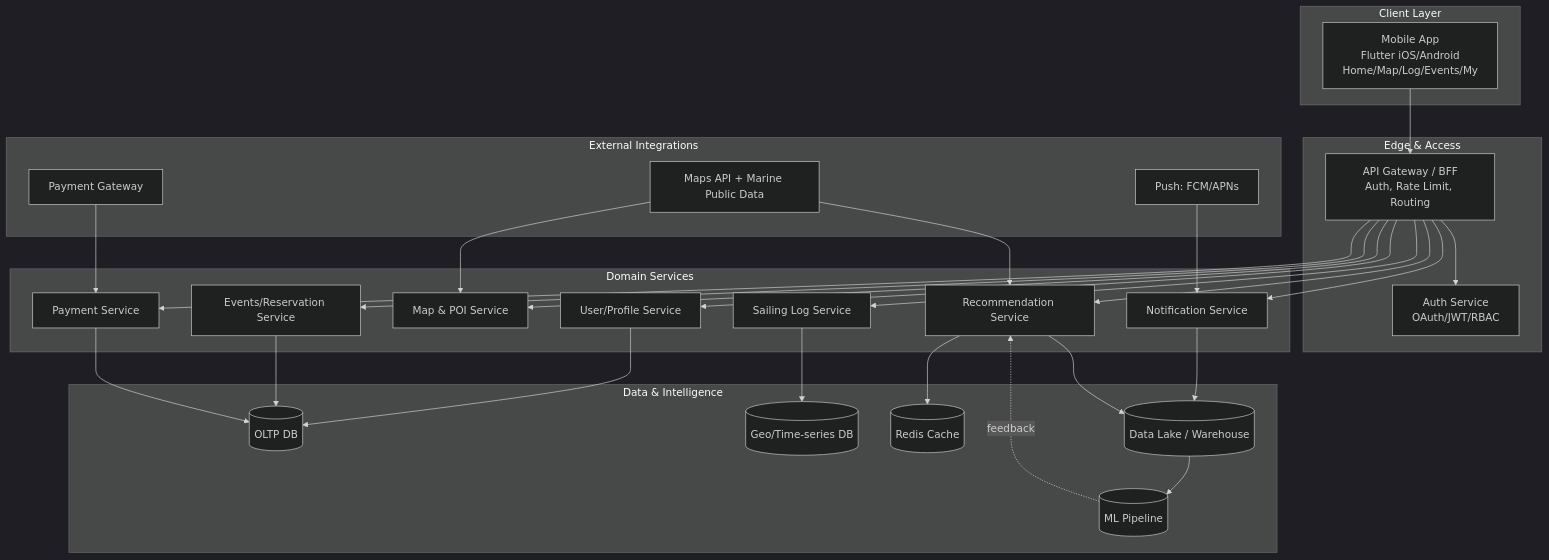
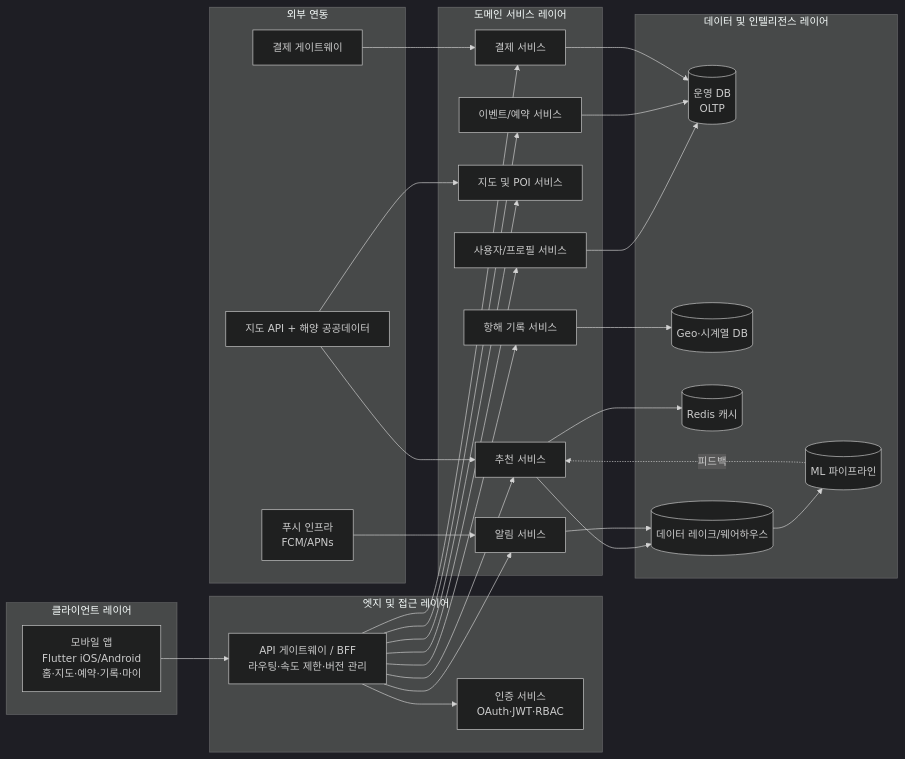
Before and after one commit to beopgi/AI-Powered-Boating-Platform: the diagram in docs/system_architecture.mmd, drawn with Mermaid (dark theme). The commit also changed other lines of this file and 3 other files, not shown here.

Commit message:
docs: reroute architecture svg connectors for readability

```diff
--- a/docs/system_architecture.mmd
+++ b/docs/system_architecture.mmd
@@ -1,58 +1,58 @@
-flowchart TB
-    subgraph C[Client Layer]
-      APP[Mobile App\nFlutter iOS/Android\nHome/Map/Log/Events/My]
+flowchart LR
+    subgraph C[클라이언트 레이어]
+      APP[모바일 앱\nFlutter iOS/Android\n홈·지도·예약·기록·마이]
     end
 
-    subgraph E[Edge & Access]
-      GW[API Gateway / BFF\nAuth, Rate Limit, Routing]
-      AUTH[Auth Service\nOAuth/JWT/RBAC]
+    subgraph E[엣지 및 접근 레이어]
+      GW[API 게이트웨이 / BFF\n라우팅·속도 제한·버전 관리]
+      AUTH[인증 서비스\nOAuth·JWT·RBAC]
     end
 
-    subgraph S[Domain Services]
-      USER[User/Profile Service]
-      REC[Recommendation Service]
-      MAP[Map & POI Service]
-      LOG[Sailing Log Service]
-      EVT[Events/Reservation Service]
-      PAY[Payment Service]
-      NOTI[Notification Service]
+    subgraph S[도메인 서비스 레이어]
+      USER[사용자/프로필 서비스]
+      REC[추천 서비스]
+      MAP[지도 및 POI 서비스]
+      LOG[항해 기록 서비스]
+      EVT[이벤트/예약 서비스]
+      PAY[결제 서비스]
+      NOTI[알림 서비스]
     end
 
-    subgraph D[Data & Intelligence]
-      DB[(OLTP DB)]
-      GEO[(Geo/Time-series DB)]
-      CACHE[(Redis Cache)]
-      DWH[(Data Lake / Warehouse)]
-      ML[(ML Pipeline)]
+    subgraph D[데이터 및 인텔리전스 레이어]
+      DB[(운영 DB\nOLTP)]
+      GEO[(Geo·시계열 DB)]
+      CACHE[(Redis 캐시)]
+      DWH[(데이터 레이크/웨어하우스)]
+      ML[(ML 파이프라인)]
     end
 
-    subgraph X[External Integrations]
-      EXT1[Maps API + Marine Public Data]
-      EXT2[Payment Gateway]
-      EXT3[Push: FCM/APNs]
+    subgraph X[외부 연동]
+      EXT1[지도 API + 해양 공공데이터]
+      EXT2[결제 게이트웨이]
+      EXT3[푸시 인프라\nFCM/APNs]
     end
 
     APP --> GW
     GW --> AUTH
     GW --> USER
     GW --> REC
     GW --> MAP
     GW --> LOG
     GW --> EVT
     GW --> PAY
     GW --> NOTI
 
     USER --> DB
+    EVT --> DB
+    PAY --> DB
     LOG --> GEO
     REC --> CACHE
-    EVT --> DB
-    PAY --> DB
+    REC --> DWH
     NOTI --> DWH
-    REC --> DWH
     DWH --> ML
-    ML -. feedback .-> REC
+    ML -. 피드백 .-> REC
 
     EXT1 --> MAP
     EXT1 --> REC
     EXT2 --> PAY
     EXT3 --> NOTI
```
